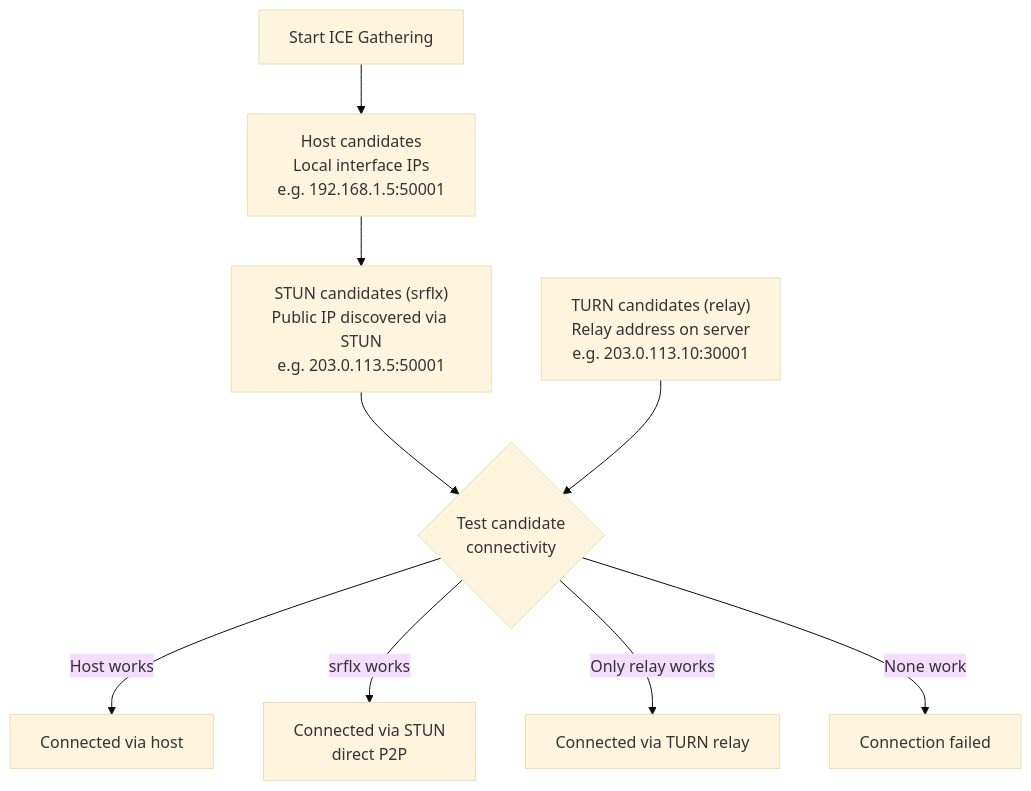
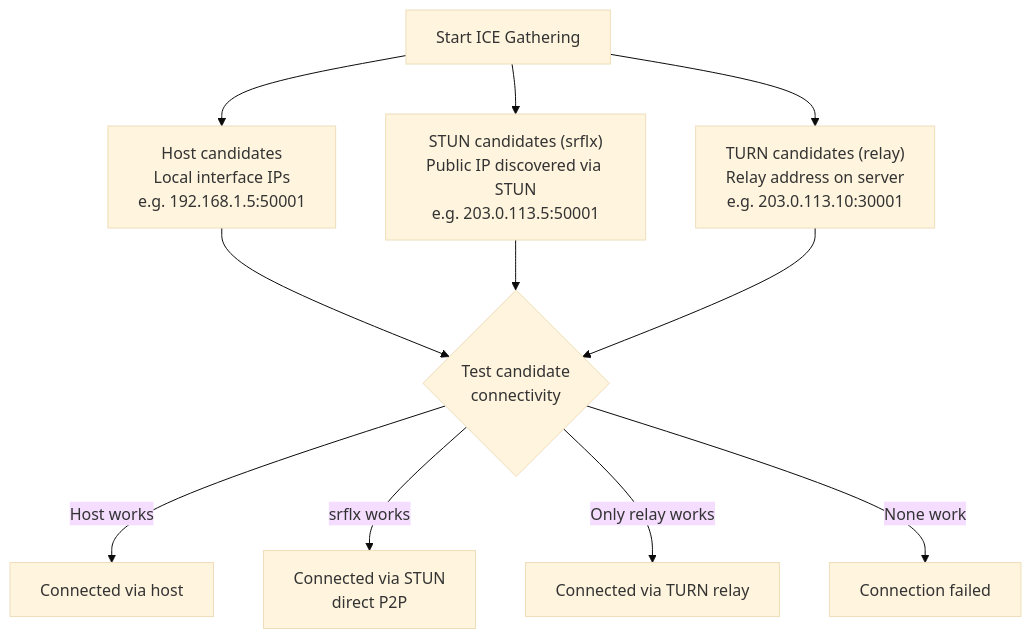
The third of 4 diagrams in src/content/docs/fa/architecture/webrtc-connectivity.mdx (bedrud-ir/bedrud-landing), drawn with Mermaid (base theme) before and after one commit. The commit also changed 122 other files, not shown here.

First line of the commit message:
Update markdown diagram to mermaid, Update Demo link, Add sitemap per language (#5)

````diff
--- a/src/content/docs/fa/architecture/webrtc-connectivity.mdx
+++ b/src/content/docs/fa/architecture/webrtc-connectivity.mdx
@@ -87,13 +87,17 @@
 ```mermaid
 flowchart TD
     START[Start ICE Gathering] --> HOST
-    HOST["Host candidates<br/>Local interface IPs<br/>e.g. 192.168.1.5:50001"] --> SRFLX
-    SRFLX["STUN candidates (srflx)<br/>Public IP discovered via STUN<br/>e.g. 203.0.113.5:50001"] --> TEST
-    TURN_C["TURN candidates (relay)<br/>Relay address on server<br/>e.g. 203.0.113.10:30001"] --> TEST
-
+    START --> SRFLX
+    START --> TURN_C
+    HOST["Host candidates<br/>Local interface IPs<br/>e.g. 192.168.1.5:50001"]
+    SRFLX["STUN candidates (srflx)<br/>Public IP discovered via STUN<br/>e.g. 203.0.113.5:50001"]
+    TURN_C["TURN candidates (relay)<br/>Relay address on server<br/>e.g. 203.0.113.10:30001"]
+    HOST --> TEST
+    SRFLX --> TEST
+    TURN_C --> TEST
     TEST{Test candidate<br/>connectivity}
     TEST -->|"Host works"| CONNECTED[Connected via host]
     TEST -->|"srflx works"| CONNECTED2[Connected via STUN<br/>direct P2P]
     TEST -->|"Only relay works"| CONNECTED3[Connected via TURN relay]
     TEST -->|"None work"| FAIL[Connection failed]
 ```
````
